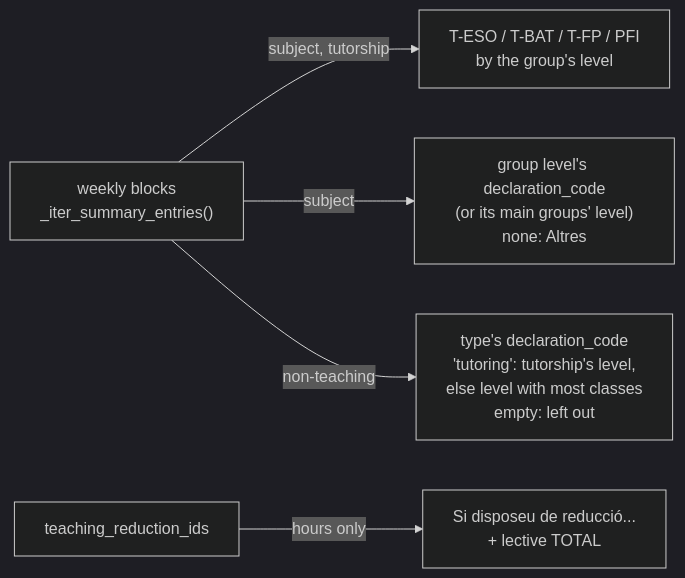
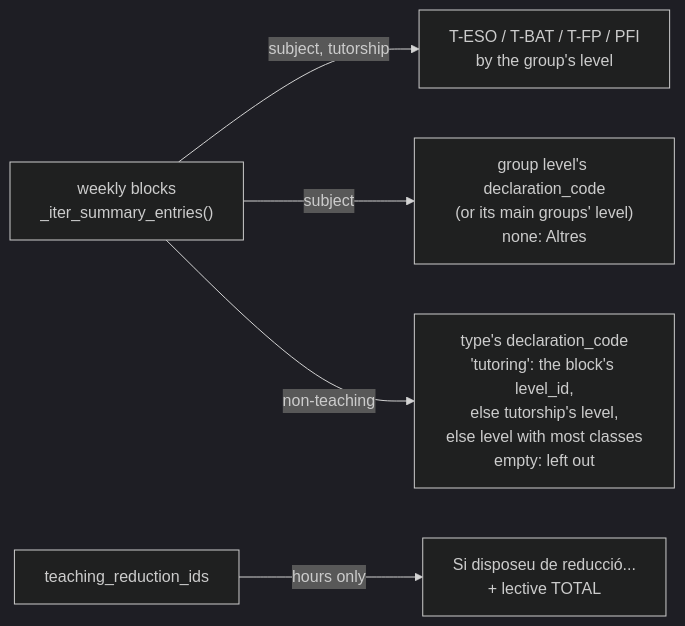
One commit to ElPuig/EMS changed the fifth of 9 diagrams in docs/en/developers/employees/working_schedule.md. Above: the diagram before and after it, drawn with Mermaid (dark theme). The commit also changed other lines of this file and 16 other files, not shown here.

Commit message:
Level per tutoring (ATAL) block in the schedule declaration (#846)

````diff
--- a/docs/en/developers/employees/working_schedule.md
+++ b/docs/en/developers/employees/working_schedule.md
@@ -398,7 +399,7 @@
 ```mermaid
 graph LR
     B["weekly blocks<br/>_iter_summary_entries()"] -->|subject, tutorship| T["T-ESO / T-BAT / T-FP / PFI<br/>by the group's level"]
     B -->|subject| L["group level's declaration_code<br/>(or its main groups' level)<br/>none: Altres"]
-    B -->|non-teaching| N["type's declaration_code<br/>'tutoring': tutorship's level,<br/>else level with most classes<br/>empty: left out"]
+    B -->|non-teaching| N["type's declaration_code<br/>'tutoring': the block's level_id,<br/>else tutorship's level,<br/>else level with most classes<br/>empty: left out"]
     R["teaching_reduction_ids"] -->|hours only| RR["Si disposeu de reducció...<br/>+ lective TOTAL"]
 ```
````
